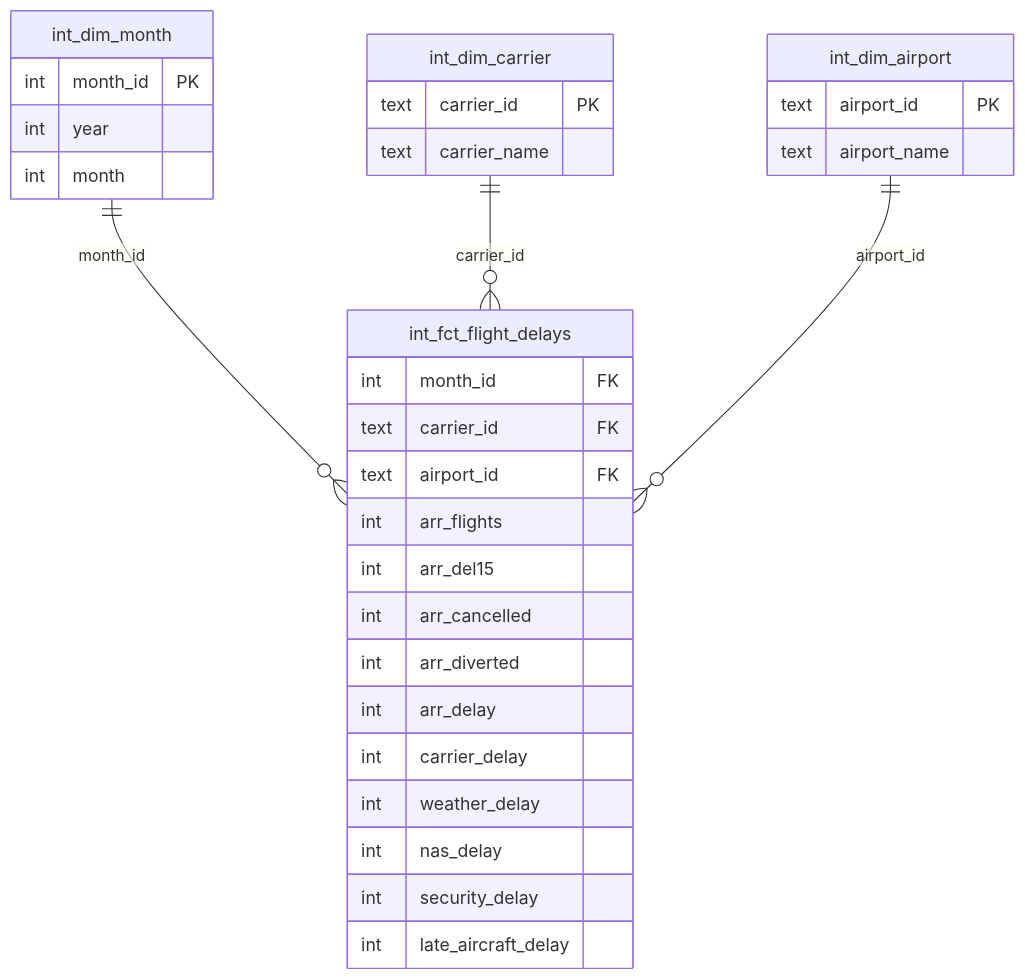
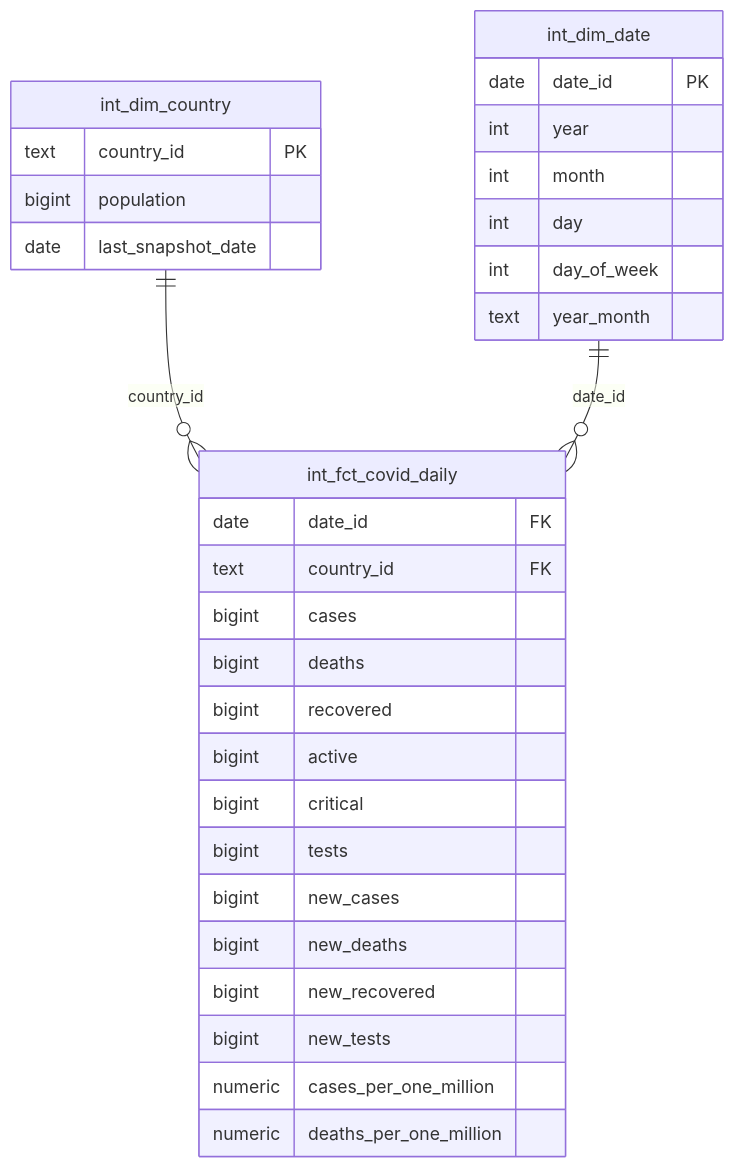
One commit to moraisazeredo/covid_etl_pipeline changed the third of 3 diagrams in README.md. Above: the diagram before and after it, drawn with Mermaid. The commit also changed other lines of this file and 22 other files, not shown here.

````diff
--- a/README.md
+++ b/README.md
@@ -241,35 +249,35 @@
 ```mermaid
 erDiagram
-    int_dim_month ||--o{ int_fct_flight_delays : month_id
-    int_dim_carrier ||--o{ int_fct_flight_delays : carrier_id
-    int_dim_airport ||--o{ int_fct_flight_delays : airport_id
+    int_dim_country ||--o{ int_fct_covid_daily : country_id
+    int_dim_date ||--o{ int_fct_covid_daily : date_id
 
-    int_dim_month {
-        int month_id PK
+    int_dim_country {
+        text country_id PK
+        bigint population
+        date last_snapshot_date
+    }
+    int_dim_date {
+        date date_id PK
         int year
         int month
+        int day
+        int day_of_week
+        text year_month
     }
-    int_dim_carrier {
-        text carrier_id PK
-        text carrier_name
-    }
-    int_dim_airport {
-        text airport_id PK
-        text airport_name
-    }
-    int_fct_flight_delays {
-        int month_id FK
-        text carrier_id FK
-        text airport_id FK
-        int arr_flights
-        int arr_del15
-        int arr_cancelled
-        int arr_diverted
-        int arr_delay
-        int carrier_delay
-        int weather_delay
-        int nas_delay
-        int security_delay
-        int late_aircraft_delay
+    int_fct_covid_daily {
+        date date_id FK
+        text country_id FK
+        bigint cases
+        bigint deaths
+        bigint recovered
+        bigint active
+        bigint critical
+        bigint tests
+        bigint new_cases
+        bigint new_deaths
+        bigint new_recovered
+        bigint new_tests
+        numeric cases_per_one_million
+        numeric deaths_per_one_million
     }
 ```
````
